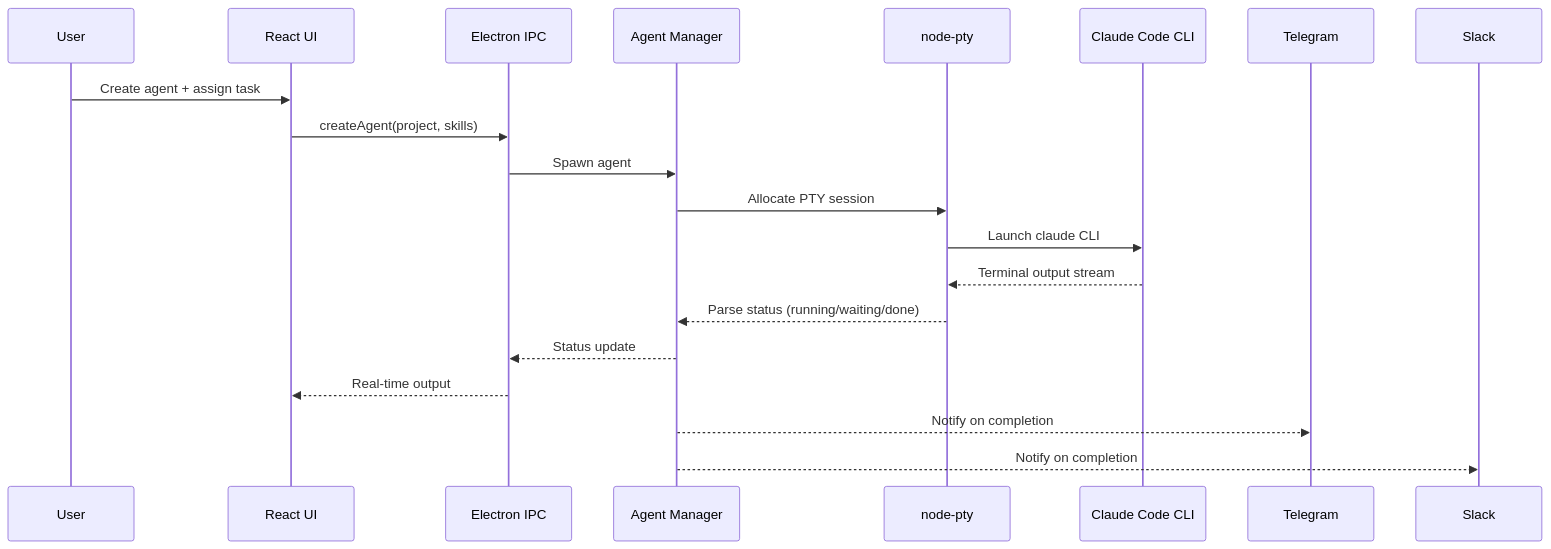
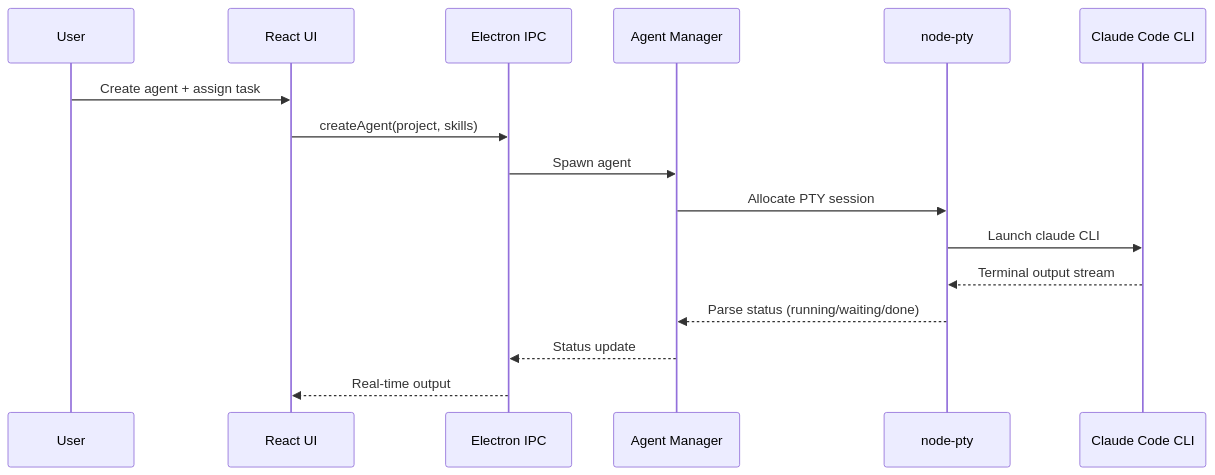
Before and after one commit to CodeTonight-SA/GRIP-GUI: the second of 2 diagrams in README.md, drawn with Mermaid. The commit also changed other lines of this file and 4 other files, not shown here.

First line of the commit message:
refactor: simplify README to focus on GRIP architecture

````diff
--- a/README.md
+++ b/README.md
@@ -129,21 +94,19 @@
 ```mermaid
 sequenceDiagram
     participant User
     participant UI as React UI
     participant IPC as Electron IPC
     participant AM as Agent Manager
     participant PTY as node-pty
     participant Claude as Claude Code CLI
 
     User->>UI: Create agent + assign task
     UI->>IPC: createAgent(project, skills)
     IPC->>AM: Spawn agent
     AM->>PTY: Allocate PTY session
     PTY->>Claude: Launch claude CLI
     Claude-->>PTY: Terminal output stream
     PTY-->>AM: Parse status (running/waiting/done)
     AM-->>IPC: Status update
     IPC-->>UI: Real-time output
-    AM-->>Telegram: Notify on completion
-    AM-->>Slack: Notify on completion
 ```
````
